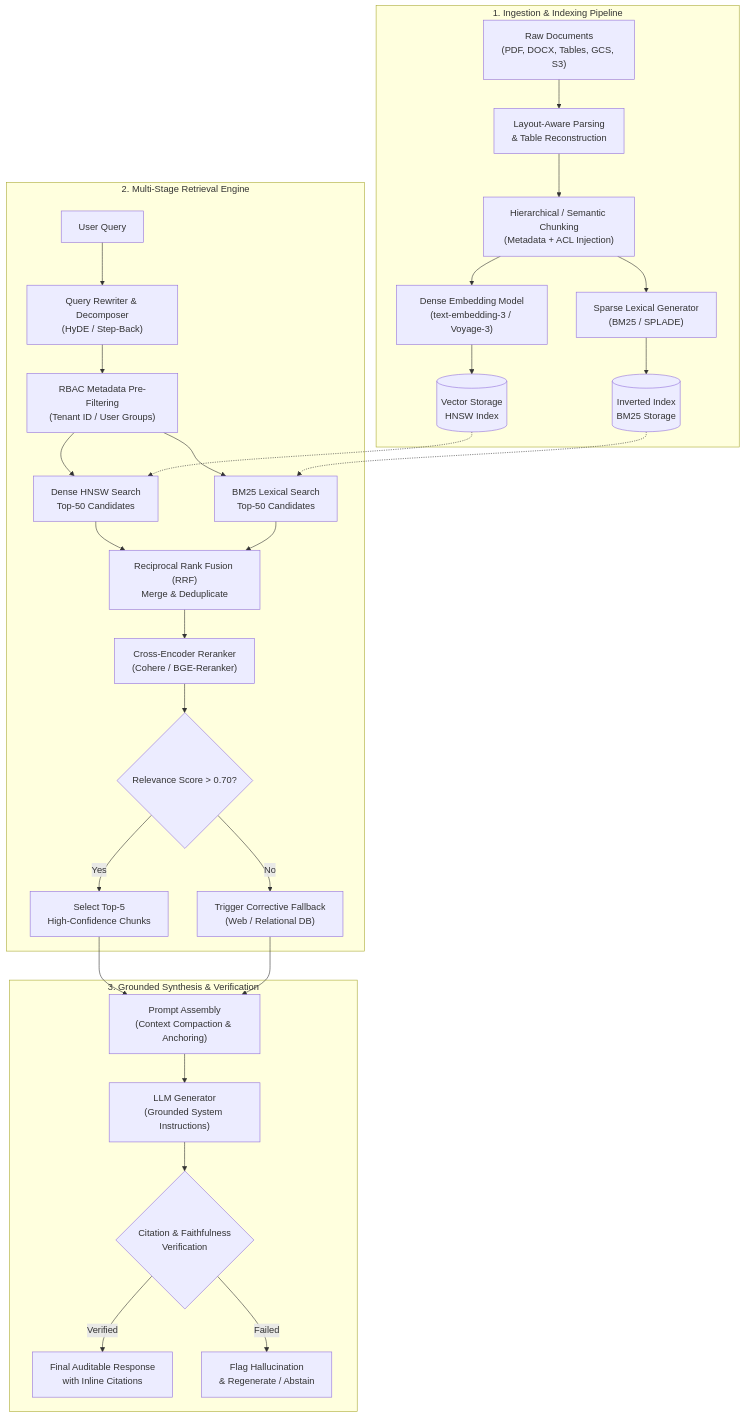
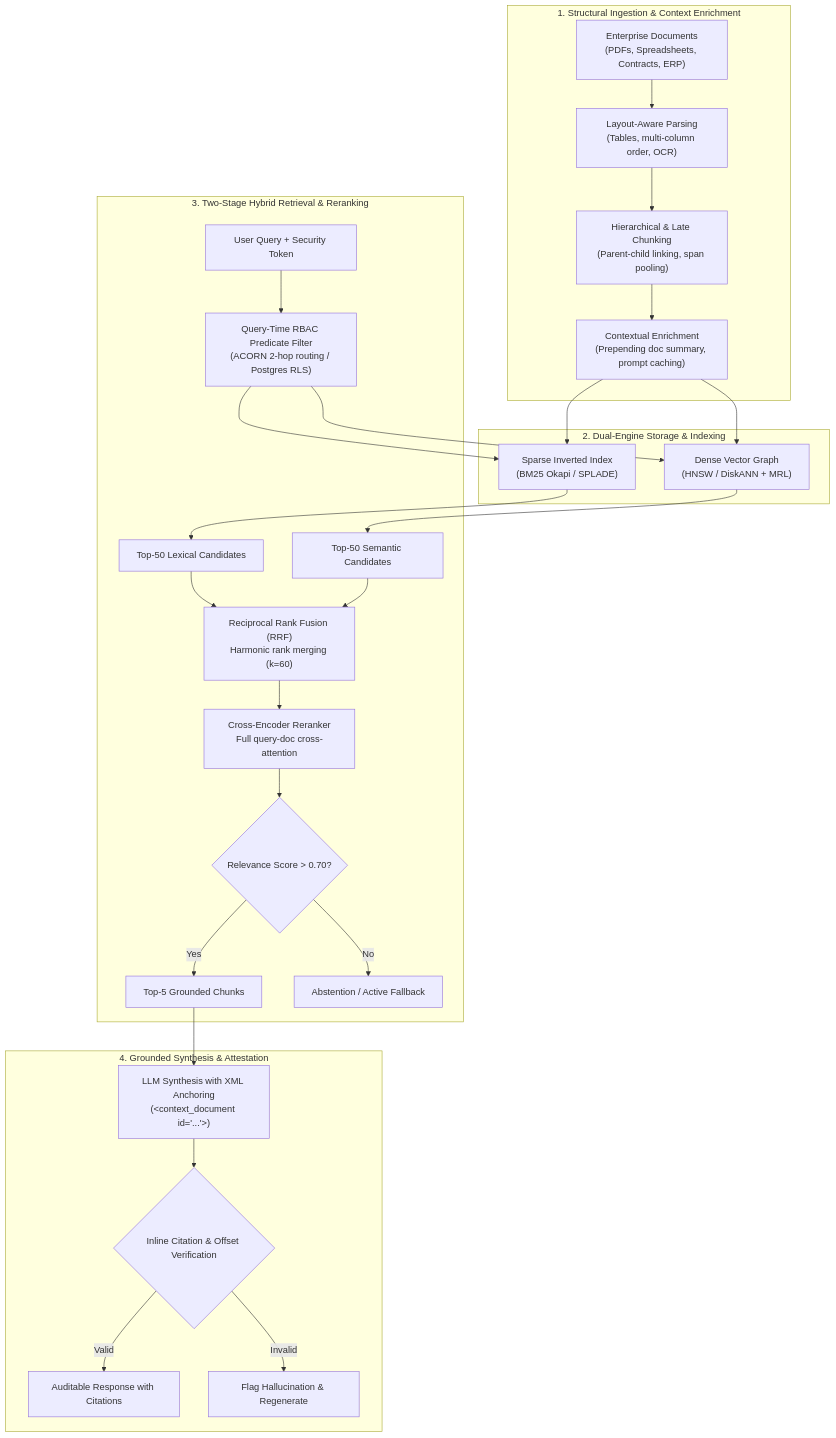
One commit to dip4k/senior-engineer-to-ai-engineer-roadmap changed the diagram in 02-rag-and-knowledge-systems/README.md. Above: the diagram before and after it, drawn with Mermaid. The commit also changed other lines of this file and 22 other files, not shown here.

Commit message:
feat(phase-02): refactor retrieval curriculum, add verification harnesses, and update agent standards

````diff
--- a/02-rag-and-knowledge-systems/README.md
+++ b/02-rag-and-knowledge-systems/README.md
@@ -613,36 +13,34 @@
 ```mermaid
 flowchart TD
-    subgraph Ingestion["1. Ingestion & Indexing Pipeline"]
-        Doc["Raw Documents\n(PDF, DOCX, Tables, GCS, S3)"] --> Parse["Layout-Aware Parsing\n& Table Reconstruction"]
-        Parse --> Chunk["Hierarchical / Semantic Chunking\n(Metadata + ACL Injection)"]
-        Chunk --> DenseEmb["Dense Embedding Model\n(text-embedding-3 / Voyage-3)"]
-        Chunk --> SparseGen["Sparse Lexical Generator\n(BM25 / SPLADE)"]
-        DenseEmb --> VDB[("Vector Storage\nHNSW Index")]
-        SparseGen --> SDB[("Inverted Index\nBM25 Storage")]
+    subgraph Ingestion_Stage["1. Structural Ingestion & Context Enrichment"]
+        Raw["Enterprise Documents<br>(PDFs, Spreadsheets, Contracts, ERP)"] --> Parse["Layout-Aware Parsing<br>(Tables, multi-column order, OCR)"]
+        Parse --> Chunk["Hierarchical & Late Chunking<br>(Parent-child linking, span pooling)"]
+        Chunk --> Enrich["Contextual Enrichment<br>(Prepending doc summary, prompt caching)"]
     end
 
-    subgraph Query["2. Multi-Stage Retrieval Engine"]
-        UserQ["User Query"] --> Transform["Query Rewriter & Decomposer\n(HyDE / Step-Back)"]
-        Transform --> PreFilter["RBAC Metadata Pre-Filtering\n(Tenant ID / User Groups)"]
-        PreFilter --> DenseSearch["Dense HNSW Search\nTop-50 Candidates"]
-        PreFilter --> SparseSearch["BM25 Lexical Search\nTop-50 Candidates"]
-        DenseSearch --> RRF["Reciprocal Rank Fusion (RRF)\nMerge & Deduplicate"]
-        SparseSearch --> RRF
-        RRF --> Rerank["Cross-Encoder Reranker\n(Cohere / BGE-Reranker)"]
-        Rerank --> Threshold{"Relevance Score > 0.70?"}
-        Threshold -- "Yes" --> TopK["Select Top-5\nHigh-Confidence Chunks"]
-        Threshold -- "No" --> Fallback["Trigger Corrective Fallback\n(Web / Relational DB)"]
+    subgraph Dual_Index["2. Dual-Engine Storage & Indexing"]
+        Enrich --> Inverted["Sparse Inverted Index<br>(BM25 Okapi / SPLADE)"]
+        Enrich --> DenseGraph["Dense Vector Graph<br>(HNSW / DiskANN + MRL)"]
     end
 
-    subgraph Synthesis["3. Grounded Synthesis & Verification"]
-        TopK --> PromptAssemble["Prompt Assembly\n(Context Compaction & Anchoring)"]
-        Fallback --> PromptAssemble
-        PromptAssemble --> Generator["LLM Generator\n(Grounded System Instructions)"]
-        Generator --> CitationVerify{"Citation & Faithfulness\nVerification"}
-        CitationVerify -- "Verified" --> Response["Final Auditable Response\nwith Inline Citations"]
-        CitationVerify -- "Failed" --> ReGen["Flag Hallucination\n& Regenerate / Abstain"]
+    subgraph Retrieval_Stage["3. Two-Stage Hybrid Retrieval & Reranking"]
+        Query["User Query + Security Token"] --> PreFilter["Query-Time RBAC Predicate Filter<br>(ACORN 2-hop routing / Postgres RLS)"]
+        PreFilter --> Inverted
+        PreFilter --> DenseGraph
+        Inverted --> Candidates["Top-50 Lexical Candidates"]
+        DenseGraph --> Candidates2["Top-50 Semantic Candidates"]
+        Candidates --> RRF["Reciprocal Rank Fusion (RRF)<br>Harmonic rank merging (k=60)"]
+        Candidates2 --> RRF
+        RRF --> Rerank["Cross-Encoder Reranker<br>Full query-doc cross-attention"]
+        Rerank --> Threshold{"Relevance Score > 0.70?"}
+        Threshold -- "Yes" --> Evidence["Top-5 Grounded Chunks"]
+        Threshold -- "No" --> Abstain["Abstention / Active Fallback"]
     end
 
-    VDB -.-> DenseSearch
-    SDB -.-> SparseSearch
+    subgraph Synthesis_Stage["4. Grounded Synthesis & Attestation"]
+        Evidence --> LLM["LLM Synthesis with XML Anchoring<br>(&lt;context_document id='...'&gt;)"]
+        LLM --> Verify{"Inline Citation & Offset Verification"}
+        Verify -- "Valid" --> Deliver["Auditable Response with Citations"]
+        Verify -- "Invalid" --> Flag["Flag Hallucination & Regenerate"]
+    end
 ```
````
